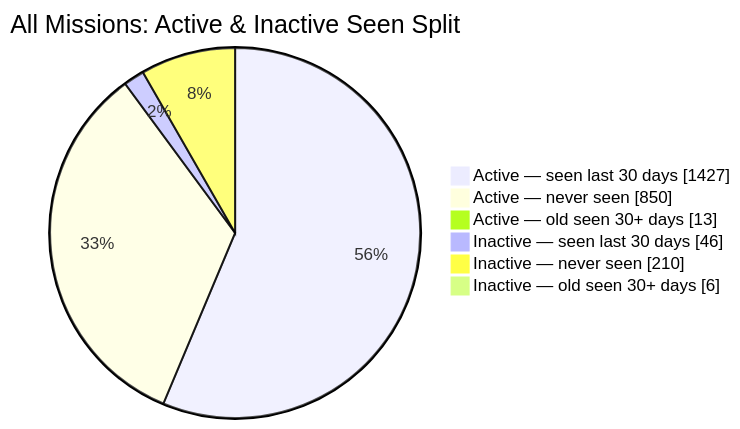
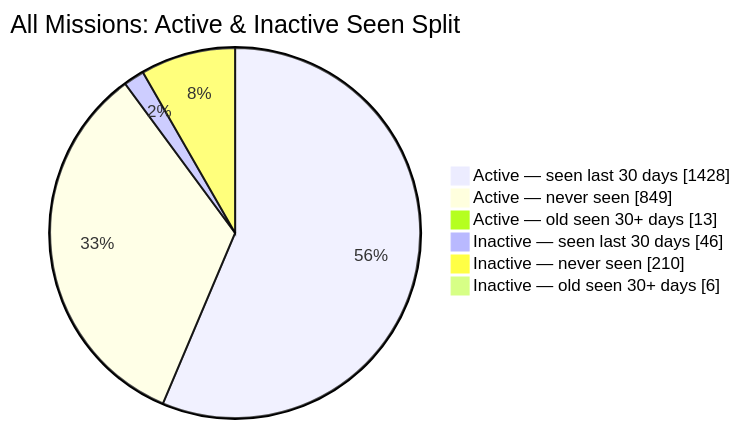
The second of 2 diagrams in README.md (MeldkamerspelGameTeam/active-missions), drawn with Mermaid before and after one commit. The commit also changed other lines of this file and 2 other files, not shown here.

````diff
--- a/README.md
+++ b/README.md
@@ -44,10 +44,10 @@
 ```mermaid
 pie showData
     title All Missions: Active & Inactive Seen Split
-    "Active — seen last 30 days" : 1427
-    "Active — never seen" : 850
+    "Active — seen last 30 days" : 1428
+    "Active — never seen" : 849
     "Active — old seen 30+ days" : 13
     "Inactive — seen last 30 days" : 46
     "Inactive — never seen" : 210
     "Inactive — old seen 30+ days" : 6
 ```
````
